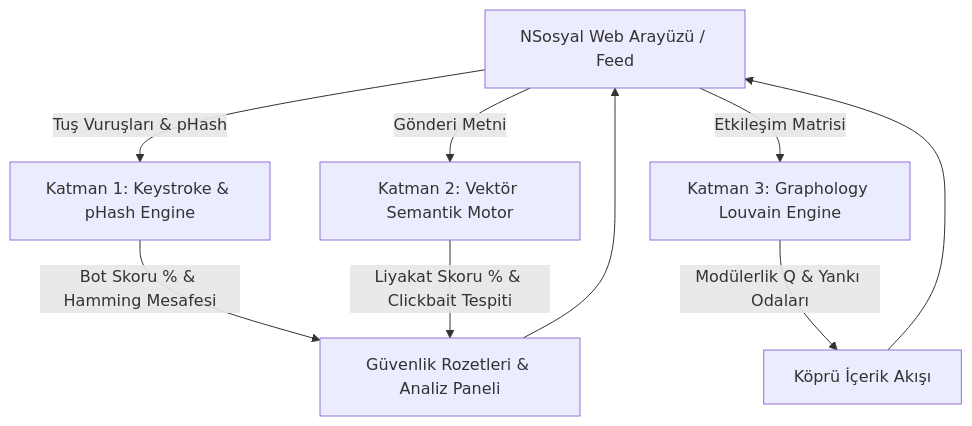
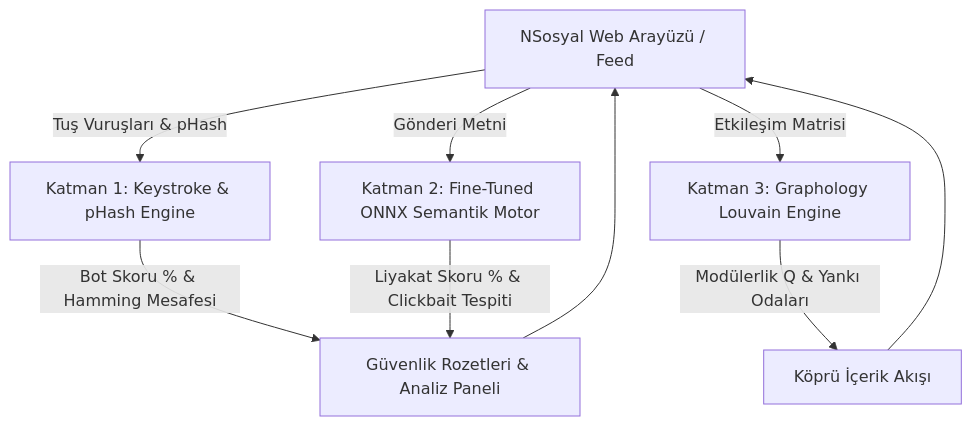
Before and after one commit to yazilimcimumin/sentez: the diagram in README.md, drawn with Mermaid. The commit also changed other lines of this file, not shown here.

Commit message:
docs(readme): DistilBERT fine-tuning metrikleri, k6 test sonuclari ve Privacy-by-Design beyanini rapormuzla tam esle

````diff
--- a/README.md
+++ b/README.md
@@ -39,13 +40,13 @@
 ```mermaid
 graph TD
     UI[NSosyal Web Arayüzü / Feed] -->|Tuş Vuruşları & pHash| K[Katman 1: Keystroke & pHash Engine]
-    UI -->|Gönderi Metni| S[Katman 2: Vektör Semantik Motor]
+    UI -->|Gönderi Metni| S[Katman 2: Fine-Tuned ONNX Semantik Motor]
     UI -->|Etkileşim Matrisi| G[Katman 3: Graphology Louvain Engine]
     
     K -->|Bot Skoru % & Hamming Mesafesi| B[Güvenlik Rozetleri & Analiz Paneli]
     S -->|Liyakat Skoru % & Clickbait Tespiti| B
     G -->|Modülerlik Q & Yankı Odaları| C[Köprü İçerik Akışı]
     
     B --> UI
     C --> UI
 ```
````
